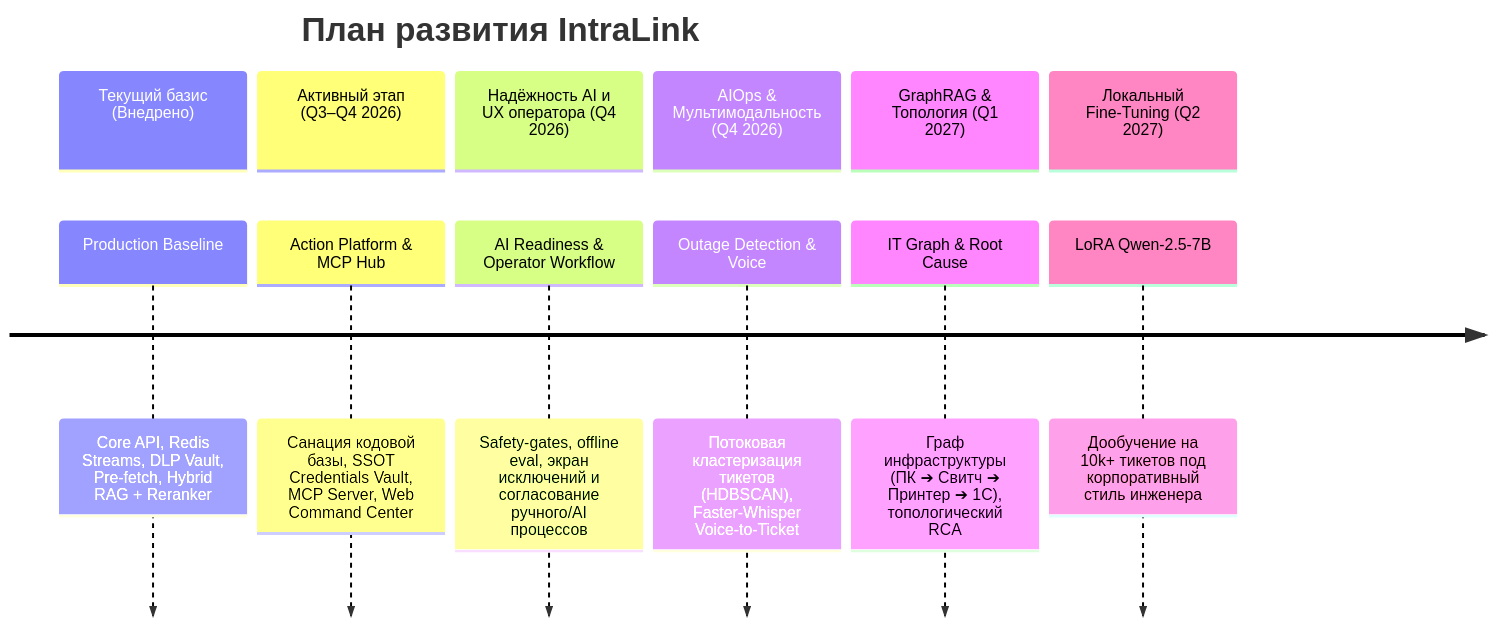
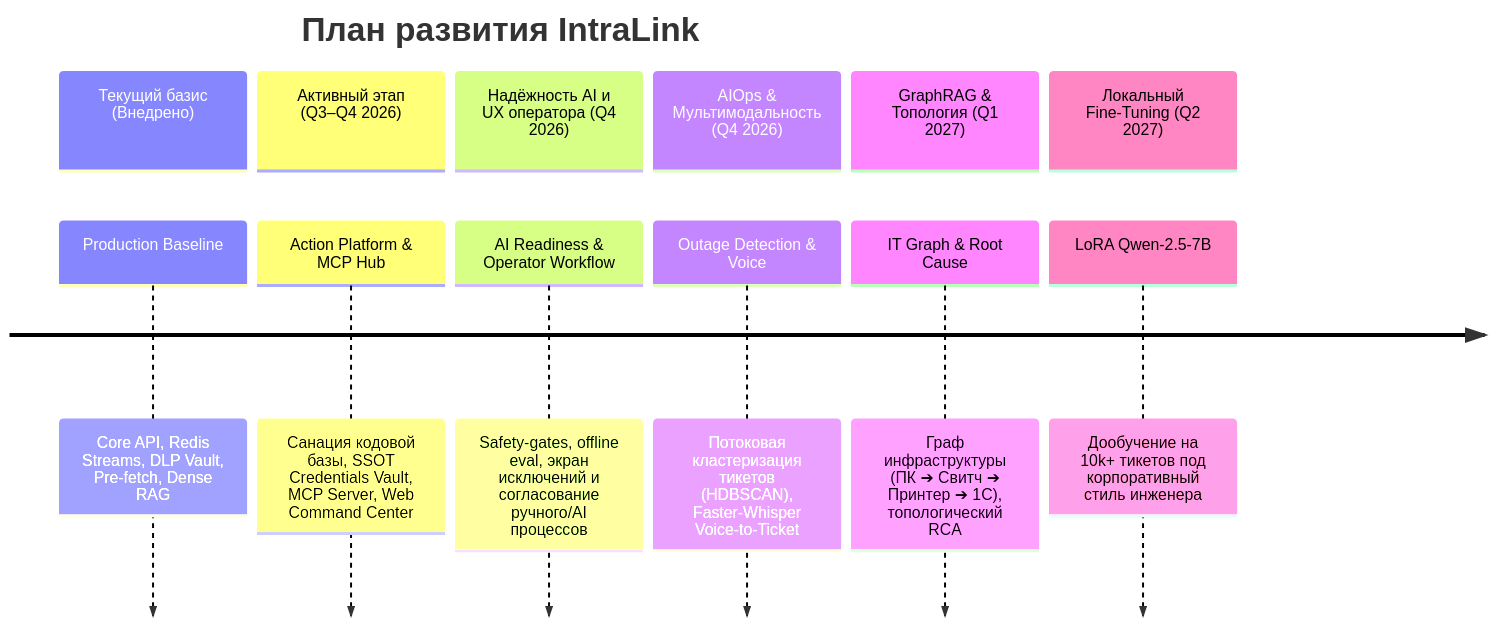
One commit to Unlesssebl/IntraLink changed the second of 2 diagrams in docs/roadmap.md. Above: the diagram before and after it, drawn with Mermaid. The commit also changed other lines of this file and 4 other files, not shown here.

Commit message:
docs: add rag quality roadmap and organize documentation plans

````diff
--- a/docs/roadmap.md
+++ b/docs/roadmap.md
@@ -39,16 +41,16 @@
 ```mermaid
 timeline
     title План развития IntraLink
     section Текущий базис (Внедрено)
-        Production Baseline : Core API, Redis Streams, DLP Vault, Pre-fetch, Hybrid RAG + Reranker
+        Production Baseline : Core API, Redis Streams, DLP Vault, Pre-fetch, Dense RAG
     section Активный этап (Q3–Q4 2026)
         Action Platform & MCP Hub : Санация кодовой базы, SSOT Credentials Vault, MCP Server, Web Command Center
     section Надёжность AI и UX оператора (Q4 2026)
         AI Readiness & Operator Workflow : Safety-gates, offline eval, экран исключений и согласование ручного/AI процессов
     section AIOps & Мультимодальность (Q4 2026)
         Outage Detection & Voice : Потоковая кластеризация тикетов (HDBSCAN), Faster-Whisper Voice-to-Ticket
     section GraphRAG & Топология (Q1 2027)
         IT Graph & Root Cause : Граф инфраструктуры (ПК ➔ Свитч ➔ Принтер ➔ 1С), топологический RCA
     section Локальный Fine-Tuning (Q2 2027)
         LoRA Qwen-2.5-7B : Дообучение на 10k+ тикетов под корпоративный стиль инженера
 ```
````
